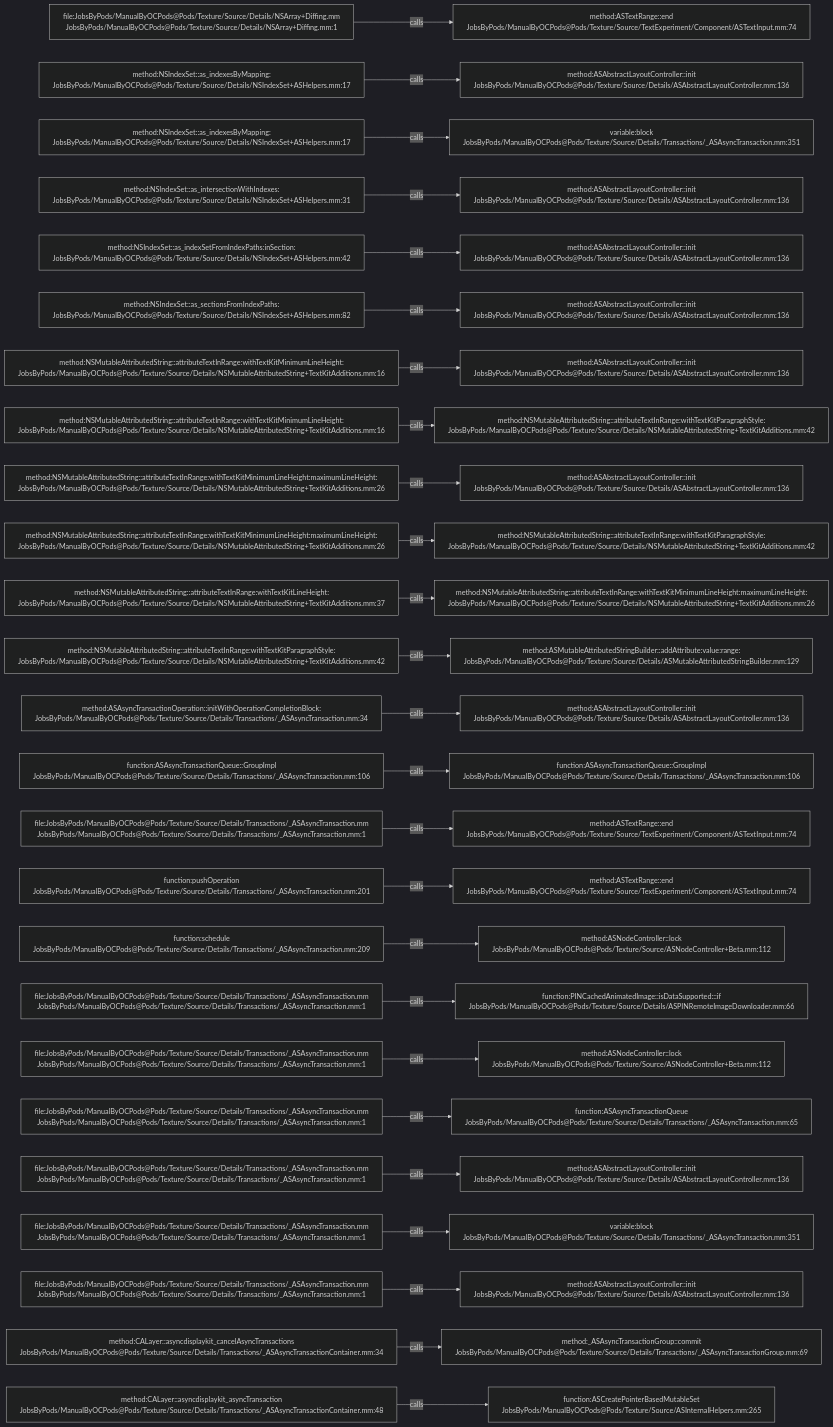
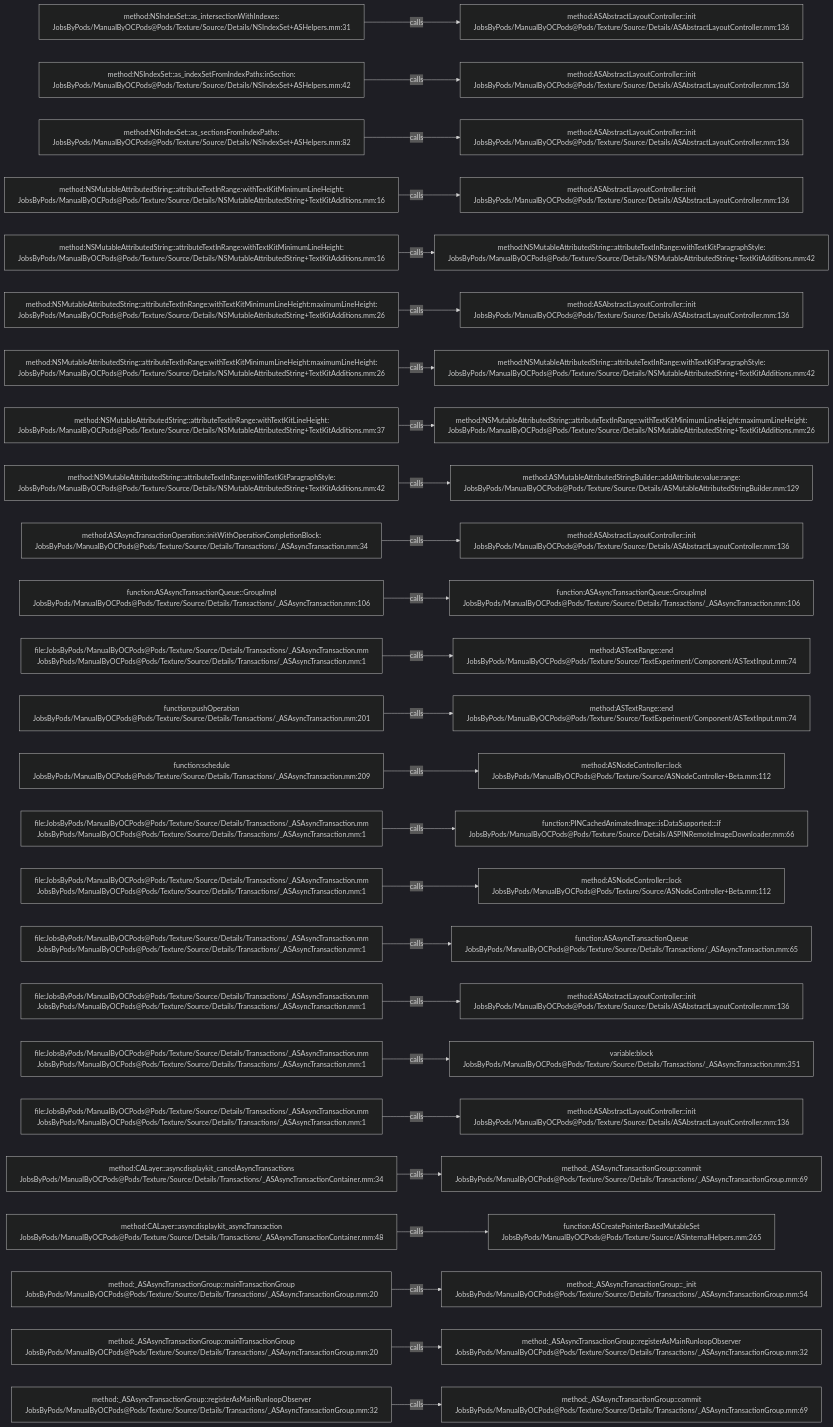
Before and after one commit to JobsKits/JobsOCBaseConfigDemo: the diagram in .codegraph/codegraph.md/graphs/calls-170.md, drawn with Mermaid (dark theme). The commit also changed 342 other files, not shown here.

````diff
--- a/.codegraph/codegraph.md/graphs/calls-170.md
+++ b/.codegraph/codegraph.md/graphs/calls-170.md
@@ -13,78 +13,78 @@
 ```mermaid
 flowchart LR
-  S1["file:JobsByPods/ManualByOCPods@Pods/Texture/Source/Details/NSArray+Diffing.mm<br/>JobsByPods/ManualByOCPods@Pods/Texture/Source/Details/NSArray+Diffing.mm:1"]
-  T1["method:ASTextRange::end<br/>JobsByPods/ManualByOCPods@Pods/Texture/Source/TextExperiment/Component/ASTextInput.mm:74"]
+  S1["method:NSIndexSet::as_intersectionWithIndexes:<br/>JobsByPods/ManualByOCPods@Pods/Texture/Source/Details/NSIndexSet+ASHelpers.mm:31"]
+  T1["method:ASAbstractLayoutController::init<br/>JobsByPods/ManualByOCPods@Pods/Texture/Source/Details/ASAbstractLayoutController.mm:136"]
   S1 -->|calls| T1
-  S2["method:NSIndexSet::as_indexesByMapping:<br/>JobsByPods/ManualByOCPods@Pods/Texture/Source/Details/NSIndexSet+ASHelpers.mm:17"]
+  S2["method:NSIndexSet::as_indexSetFromIndexPaths:inSection:<br/>JobsByPods/ManualByOCPods@Pods/Texture/Source/Details/NSIndexSet+ASHelpers.mm:42"]
   T2["method:ASAbstractLayoutController::init<br/>JobsByPods/ManualByOCPods@Pods/Texture/Source/Details/ASAbstractLayoutController.mm:136"]
   S2 -->|calls| T2
-  S3["method:NSIndexSet::as_indexesByMapping:<br/>JobsByPods/ManualByOCPods@Pods/Texture/Source/Details/NSIndexSet+ASHelpers.mm:17"]
-  T3["variable:block<br/>JobsByPods/ManualByOCPods@Pods/Texture/Source/Details/Transactions/_ASAsyncTransaction.mm:351"]
+  S3["method:NSIndexSet::as_sectionsFromIndexPaths:<br/>JobsByPods/ManualByOCPods@Pods/Texture/Source/Details/NSIndexSet+ASHelpers.mm:82"]
+  T3["method:ASAbstractLayoutController::init<br/>JobsByPods/ManualByOCPods@Pods/Texture/Source/Details/ASAbstractLayoutController.mm:136"]
   S3 -->|calls| T3
-  S4["method:NSIndexSet::as_intersectionWithIndexes:<br/>JobsByPods/ManualByOCPods@Pods/Texture/Source/Details/NSIndexSet+ASHelpers.mm:31"]
+  S4["method:NSMutableAttributedString::attributeTextInRange:withTextKitMinimumLineHeight:<br/>JobsByPods/ManualByOCPods@Pods/Texture/Source/Details/NSMutableAttributedString+TextKitAdditions.mm:16"]
   T4["method:ASAbstractLayoutController::init<br/>JobsByPods/ManualByOCPods@Pods/Texture/Source/Details/ASAbstractLayoutController.mm:136"]
   S4 -->|calls| T4
-  S5["method:NSIndexSet::as_indexSetFromIndexPaths:inSection:<br/>JobsByPods/ManualByOCPods@Pods/Texture/Source/Details/NSIndexSet+ASHelpers.mm:42"]
-  T5["method:ASAbstractLayoutController::init<br/>JobsByPods/ManualByOCPods@Pods/Texture/Source/Details/ASAbstractLayoutController.mm:136"]
+  S5["method:NSMutableAttributedString::attributeTextInRange:withTextKitMinimumLineHeight:<br/>JobsByPods/ManualByOCPods@Pods/Texture/Source/Details/NSMutableAttributedString+TextKitAdditions.mm:16"]
+  T5["method:NSMutableAttributedString::attributeTextInRange:withTextKitParagraphStyle:<br/>JobsByPods/ManualByOCPods@Pods/Texture/Source/Details/NSMutableAttributedString+TextKitAdditions.mm:42"]
   S5 -->|calls| T5
-  S6["method:NSIndexSet::as_sectionsFromIndexPaths:<br/>JobsByPods/ManualByOCPods@Pods/Texture/Source/Details/NSIndexSet+ASHelpers.mm:82"]
+  S6["method:NSMutableAttributedString::attributeTextInRange:withTextKitMinimumLineHeight:maximumLineHeight:<br/>JobsByPods/ManualByOCPods@Pods/Texture/Source/Details/NSMutableAttributedString+TextKitAdditions.mm:26"]
   T6["method:ASAbstractLayoutController::init<br/>JobsByPods/ManualByOCPods@Pods/Texture/Source/Details/ASAbstractLayoutController.mm:136"]
   S6 -->|calls| T6
-  S7["method:NSMutableAttributedString::attributeTextInRange:withTextKitMinimumLineHeight:<br/>JobsByPods/ManualByOCPods@Pods/Texture/Source/Details/NSMutableAttributedString+TextKitAdditions.mm:16"]
-  T7["method:ASAbstractLayoutController::init<br/>JobsByPods/ManualByOCPods@Pods/Texture/Source/Details/ASAbstractLayoutController.mm:136"]
+  S7["method:NSMutableAttributedString::attributeTextInRange:withTextKitMinimumLineHeight:maximumLineHeight:<br/>JobsByPods/ManualByOCPods@Pods/Texture/Source/Details/NSMutableAttributedString+TextKitAdditions.mm:26"]
+  T7["method:NSMutableAttributedString::attributeTextInRange:withTextKitParagraphStyle:<br/>JobsByPods/ManualByOCPods@Pods/Texture/Source/Details/NSMutableAttributedString+TextKitAdditions.mm:42"]
   S7 -->|calls| T7
-  S8["method:NSMutableAttributedString::attributeTextInRange:withTextKitMinimumLineHeight:<br/>JobsByPods/ManualByOCPods@Pods/Texture/Source/Details/NSMutableAttributedString+TextKitAdditions.mm:16"]
-  T8["method:NSMutableAttributedString::attributeTextInRange:withTextKitParagraphStyle:<br/>JobsByPods/ManualByOCPods@Pods/Texture/Source/Details/NSMutableAttributedString+TextKitAdditions.mm:42"]
+  S8["method:NSMutableAttributedString::attributeTextInRange:withTextKitLineHeight:<br/>JobsByPods/ManualByOCPods@Pods/Texture/Source/Details/NSMutableAttributedString+TextKitAdditions.mm:37"]
+  T8["method:NSMutableAttributedString::attributeTextInRange:withTextKitMinimumLineHeight:maximumLineHeight:<br/>JobsByPods/ManualByOCPods@Pods/Texture/Source/Details/NSMutableAttributedString+TextKitAdditions.mm:26"]
   S8 -->|calls| T8
-  S9["method:NSMutableAttributedString::attributeTextInRange:withTextKitMinimumLineHeight:maximumLineHeight:<br/>JobsByPods/ManualByOCPods@Pods/Texture/Source/Details/NSMutableAttributedString+TextKitAdditions.mm:26"]
-  T9["method:ASAbstractLayoutController::init<br/>JobsByPods/ManualByOCPods@Pods/Texture/Source/Details/ASAbstractLayoutController.mm:136"]
+  S9["method:NSMutableAttributedString::attributeTextInRange:withTextKitParagraphStyle:<br/>JobsByPods/ManualByOCPods@Pods/Texture/Source/Details/NSMutableAttributedString+TextKitAdditions.mm:42"]
+  T9["method:ASMutableAttributedStringBuilder::addAttribute:value:range:<br/>JobsByPods/ManualByOCPods@Pods/Texture/Source/Details/ASMutableAttributedStringBuilder.mm:129"]
   S9 -->|calls| T9
-  S10["method:NSMutableAttributedString::attributeTextInRange:withTextKitMinimumLineHeight:maximumLineHeight:<br/>JobsByPods/ManualByOCPods@Pods/Texture/Source/Details/NSMutableAttributedString+TextKitAdditions.mm:26"]
-  T10["method:NSMutableAttributedString::attributeTextInRange:withTextKitParagraphStyle:<br/>JobsByPods/ManualByOCPods@Pods/Texture/Source/Details/NSMutableAttributedString+TextKitAdditions.mm:42"]
+  S10["method:ASAsyncTransactionOperation::initWithOperationCompletionBlock:<br/>JobsByPods/ManualByOCPods@Pods/Texture/Source/Details/Transactions/_ASAsyncTransaction.mm:34"]
+  T10["method:ASAbstractLayoutController::init<br/>JobsByPods/ManualByOCPods@Pods/Texture/Source/Details/ASAbstractLayoutController.mm:136"]
   S10 -->|calls| T10
-  S11["method:NSMutableAttributedString::attributeTextInRange:withTextKitLineHeight:<br/>JobsByPods/ManualByOCPods@Pods/Texture/Source/Details/NSMutableAttributedString+TextKitAdditions.mm:37"]
-  T11["method:NSMutableAttributedString::attributeTextInRange:withTextKitMinimumLineHeight:maximumLineHeight:<br/>JobsByPods/ManualByOCPods@Pods/Texture/Source/Details/NSMutableAttributedString+TextKitAdditions.mm:26"]
+  S11["function:ASAsyncTransactionQueue::GroupImpl<br/>JobsByPods/ManualByOCPods@Pods/Texture/Source/Details/Transactions/_ASAsyncTransaction.mm:106"]
+  T11["function:ASAsyncTransactionQueue::GroupImpl<br/>JobsByPods/ManualByOCPods@Pods/Texture/Source/Details/Transactions/_ASAsyncTransaction.mm:106"]
   S11 -->|calls| T11
-  S12["method:NSMutableAttributedString::attributeTextInRange:withTextKitParagraphStyle:<br/>JobsByPods/ManualByOCPods@Pods/Texture/Source/Details/NSMutableAttributedString+TextKitAdditions.mm:42"]
-  T12["method:ASMutableAttributedStringBuilder::addAttribute:value:range:<br/>JobsByPods/ManualByOCPods@Pods/Texture/Source/Details/ASMutableAttributedStringBuilder.mm:129"]
+  S12["file:JobsByPods/ManualByOCPods@Pods/Texture/Source/Details/Transactions/_ASAsyncTransaction.mm<br/>JobsByPods/ManualByOCPods@Pods/Texture/Source/Details/Transactions/_ASAsyncTransaction.mm:1"]
+  T12["method:ASTextRange::end<br/>JobsByPods/ManualByOCPods@Pods/Texture/Source/TextExperiment/Component/ASTextInput.mm:74"]
   S12 -->|calls| T12
-  S13["method:ASAsyncTransactionOperation::initWithOperationCompletionBlock:<br/>JobsByPods/ManualByOCPods@Pods/Texture/Source/Details/Transactions/_ASAsyncTransaction.mm:34"]
-  T13["method:ASAbstractLayoutController::init<br/>JobsByPods/ManualByOCPods@Pods/Texture/Source/Details/ASAbstractLayoutController.mm:136"]
+  S13["function:pushOperation<br/>JobsByPods/ManualByOCPods@Pods/Texture/Source/Details/Transactions/_ASAsyncTransaction.mm:201"]
+  T13["method:ASTextRange::end<br/>JobsByPods/ManualByOCPods@Pods/Texture/Source/TextExperiment/Component/ASTextInput.mm:74"]
   S13 -->|calls| T13
-  S14["function:ASAsyncTransactionQueue::GroupImpl<br/>JobsByPods/ManualByOCPods@Pods/Texture/Source/Details/Transactions/_ASAsyncTransaction.mm:106"]
-  T14["function:ASAsyncTransactionQueue::GroupImpl<br/>JobsByPods/ManualByOCPods@Pods/Texture/Source/Details/Transactions/_ASAsyncTransaction.mm:106"]
+  S14["function:schedule<br/>JobsByPods/ManualByOCPods@Pods/Texture/Source/Details/Transactions/_ASAsyncTransaction.mm:209"]
+  T14["method:ASNodeController::lock<br/>JobsByPods/ManualByOCPods@Pods/Texture/Source/ASNodeController+Beta.mm:112"]
   S14 -->|calls| T14
   S15["file:JobsByPods/ManualByOCPods@Pods/Texture/Source/Details/Transactions/_ASAsyncTransaction.mm<br/>JobsByPods/ManualByOCPods@Pods/Texture/Source/Details/Transactions/_ASAsyncTransaction.mm:1"]
-  T15["method:ASTextRange::end<br/>JobsByPods/ManualByOCPods@Pods/Texture/Source/TextExperiment/Component/ASTextInput.mm:74"]
+  T15["function:PINCachedAnimatedImage::isDataSupported:::if<br/>JobsByPods/ManualByOCPods@Pods/Texture/Source/Details/ASPINRemoteImageDownloader.mm:66"]
   S15 -->|calls| T15
-  S16["function:pushOperation<br/>JobsByPods/ManualByOCPods@Pods/Texture/Source/Details/Transactions/_ASAsyncTransaction.mm:201"]
-  T16["method:ASTextRange::end<br/>JobsByPods/ManualByOCPods@Pods/Texture/Source/TextExperiment/Component/ASTextInput.mm:74"]
+  S16["file:JobsByPods/ManualByOCPods@Pods/Texture/Source/Details/Transactions/_ASAsyncTransaction.mm<br/>JobsByPods/ManualByOCPods@Pods/Texture/Source/Details/Transactions/_ASAsyncTransaction.mm:1"]
+  T16["method:ASNodeController::lock<br/>JobsByPods/ManualByOCPods@Pods/Texture/Source/ASNodeController+Beta.mm:112"]
   S16 -->|calls| T16
-  S17["function:schedule<br/>JobsByPods/ManualByOCPods@Pods/Texture/Source/Details/Transactions/_ASAsyncTransaction.mm:209"]
-  T17["method:ASNodeController::lock<br/>JobsByPods/ManualByOCPods@Pods/Texture/Source/ASNodeController+Beta.mm:112"]
+  S17["file:JobsByPods/ManualByOCPods@Pods/Texture/Source/Details/Transactions/_ASAsyncTransaction.mm<br/>JobsByPods/ManualByOCPods@Pods/Texture/Source/Details/Transactions/_ASAsyncTransaction.mm:1"]
+  T17["function:ASAsyncTransactionQueue<br/>JobsByPods/ManualByOCPods@Pods/Texture/Source/Details/Transactions/_ASAsyncTransaction.mm:65"]
   S17 -->|calls| T17
   S18["file:JobsByPods/ManualByOCPods@Pods/Texture/Source/Details/Transactions/_ASAsyncTransaction.mm<br/>JobsByPods/ManualByOCPods@Pods/Texture/Source/Details/Transactions/_ASAsyncTransaction.mm:1"]
-  T18["function:PINCachedAnimatedImage::isDataSupported:::if<br/>JobsByPods/ManualByOCPods@Pods/Texture/Source/Details/ASPINRemoteImageDownloader.mm:66"]
+  T18["method:ASAbstractLayoutController::init<br/>JobsByPods/ManualByOCPods@Pods/Texture/Source/Details/ASAbstractLayoutController.mm:136"]
   S18 -->|calls| T18
   S19["file:JobsByPods/ManualByOCPods@Pods/Texture/Source/Details/Transactions/_ASAsyncTransaction.mm<br/>JobsByPods/ManualByOCPods@Pods/Texture/Source/Details/Transactions/_ASAsyncTransaction.mm:1"]
-  T19["method:ASNodeController::lock<br/>JobsByPods/ManualByOCPods@Pods/Texture/Source/ASNodeController+Beta.mm:112"]
+  T19["variable:block<br/>JobsByPods/ManualByOCPods@Pods/Texture/Source/Details/Transactions/_ASAsyncTransaction.mm:351"]
   S19 -->|calls| T19
   S20["file:JobsByPods/ManualByOCPods@Pods/Texture/Source/Details/Transactions/_ASAsyncTransaction.mm<br/>JobsByPods/ManualByOCPods@Pods/Texture/Source/Details/Transactions/_ASAsyncTransaction.mm:1"]
-  T20["function:ASAsyncTransactionQueue<br/>JobsByPods/ManualByOCPods@Pods/Texture/Source/Details/Transactions/_ASAsyncTransaction.mm:65"]
+  T20["method:ASAbstractLayoutController::init<br/>JobsByPods/ManualByOCPods@Pods/Texture/Source/Details/ASAbstractLayoutController.mm:136"]
   S20 -->|calls| T20
-  S21["file:JobsByPods/ManualByOCPods@Pods/Texture/Source/Details/Transactions/_ASAsyncTransaction.mm<br/>JobsByPods/ManualByOCPods@Pods/Texture/Source/Details/Transactions/_ASAsyncTransaction.mm:1"]
-  T21["method:ASAbstractLayoutController::init<br/>JobsByPods/ManualByOCPods@Pods/Texture/Source/Details/ASAbstractLayoutController.mm:136"]
+  S21["method:CALayer::asyncdisplaykit_cancelAsyncTransactions<br/>JobsByPods/ManualByOCPods@Pods/Texture/Source/Details/Transactions/_ASAsyncTransactionContainer.mm:34"]
+  T21["method:_ASAsyncTransactionGroup::commit<br/>JobsByPods/ManualByOCPods@Pods/Texture/Source/Details/Transactions/_ASAsyncTransactionGroup.mm:69"]
   S21 -->|calls| T21
-  S22["file:JobsByPods/ManualByOCPods@Pods/Texture/Source/Details/Transactions/_ASAsyncTransaction.mm<br/>JobsByPods/ManualByOCPods@Pods/Texture/Source/Details/Transactions/_ASAsyncTransaction.mm:1"]
-  T22["variable:block<br/>JobsByPods/ManualByOCPods@Pods/Texture/Source/Details/Transactions/_ASAsyncTransaction.mm:351"]
+  S22["method:CALayer::asyncdisplaykit_asyncTransaction<br/>JobsByPods/ManualByOCPods@Pods/Texture/Source/Details/Transactions/_ASAsyncTransactionContainer.mm:48"]
+  T22["function:ASCreatePointerBasedMutableSet<br/>JobsByPods/ManualByOCPods@Pods/Texture/Source/ASInternalHelpers.mm:265"]
   S22 -->|calls| T22
-  S23["file:JobsByPods/ManualByOCPods@Pods/Texture/Source/Details/Transactions/_ASAsyncTransaction.mm<br/>JobsByPods/ManualByOCPods@Pods/Texture/Source/Details/Transactions/_ASAsyncTransaction.mm:1"]
-  T23["method:ASAbstractLayoutController::init<br/>JobsByPods/ManualByOCPods@Pods/Texture/Source/Details/ASAbstractLayoutController.mm:136"]
+  S23["method:_ASAsyncTransactionGroup::mainTransactionGroup<br/>JobsByPods/ManualByOCPods@Pods/Texture/Source/Details/Transactions/_ASAsyncTransactionGroup.mm:20"]
+  T23["method:_ASAsyncTransactionGroup::_init<br/>JobsByPods/ManualByOCPods@Pods/Texture/Source/Details/Transactions/_ASAsyncTransactionGroup.mm:54"]
   S23 -->|calls| T23
-  S24["method:CALayer::asyncdisplaykit_cancelAsyncTransactions<br/>JobsByPods/ManualByOCPods@Pods/Texture/Source/Details/Transactions/_ASAsyncTransactionContainer.mm:34"]
-  T24["method:_ASAsyncTransactionGroup::commit<br/>JobsByPods/ManualByOCPods@Pods/Texture/Source/Details/Transactions/_ASAsyncTransactionGroup.mm:69"]
+  S24["method:_ASAsyncTransactionGroup::mainTransactionGroup<br/>JobsByPods/ManualByOCPods@Pods/Texture/Source/Details/Transactions/_ASAsyncTransactionGroup.mm:20"]
+  T24["method:_ASAsyncTransactionGroup::registerAsMainRunloopObserver<br/>JobsByPods/ManualByOCPods@Pods/Texture/Source/Details/Transactions/_ASAsyncTransactionGroup.mm:32"]
   S24 -->|calls| T24
-  S25["method:CALayer::asyncdisplaykit_asyncTransaction<br/>JobsByPods/ManualByOCPods@Pods/Texture/Source/Details/Transactions/_ASAsyncTransactionContainer.mm:48"]
-  T25["function:ASCreatePointerBasedMutableSet<br/>JobsByPods/ManualByOCPods@Pods/Texture/Source/ASInternalHelpers.mm:265"]
+  S25["method:_ASAsyncTransactionGroup::registerAsMainRunloopObserver<br/>JobsByPods/ManualByOCPods@Pods/Texture/Source/Details/Transactions/_ASAsyncTransactionGroup.mm:32"]
+  T25["method:_ASAsyncTransactionGroup::commit<br/>JobsByPods/ManualByOCPods@Pods/Texture/Source/Details/Transactions/_ASAsyncTransactionGroup.mm:69"]
   S25 -->|calls| T25
 ```
````
